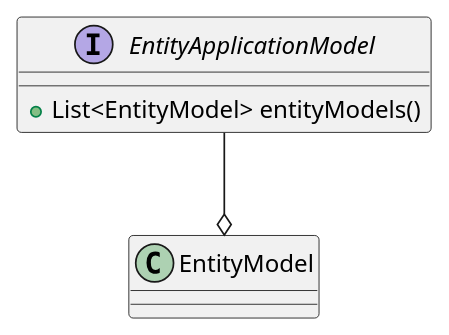
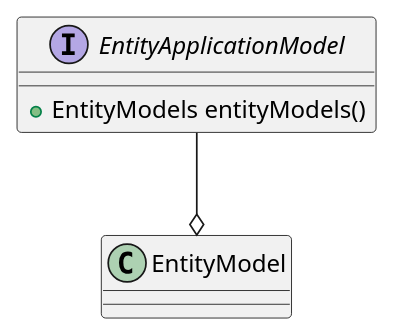
Before and after one commit to codion-is/codion: the diagram in documentation/src/docs/asciidoc/manual/framework-entity-application-model.adoc, drawn with PlantUML. The commit also changed 9 other files, not shown here.

```diff
--- a/documentation/src/docs/asciidoc/manual/framework-entity-application-model.adoc
+++ b/documentation/src/docs/asciidoc/manual/framework-entity-application-model.adoc
@@ -4,8 +4,8 @@
 [plantuml,entity-application-model-diagram,svg,align=center]
 -------------------------------------------
 interface EntityApplicationModel {
-    +List<EntityModel> entityModels()
+    +EntityModels entityModels()
 }
 
 EntityApplicationModel --o EntityModel
 -------------------------------------------
```
